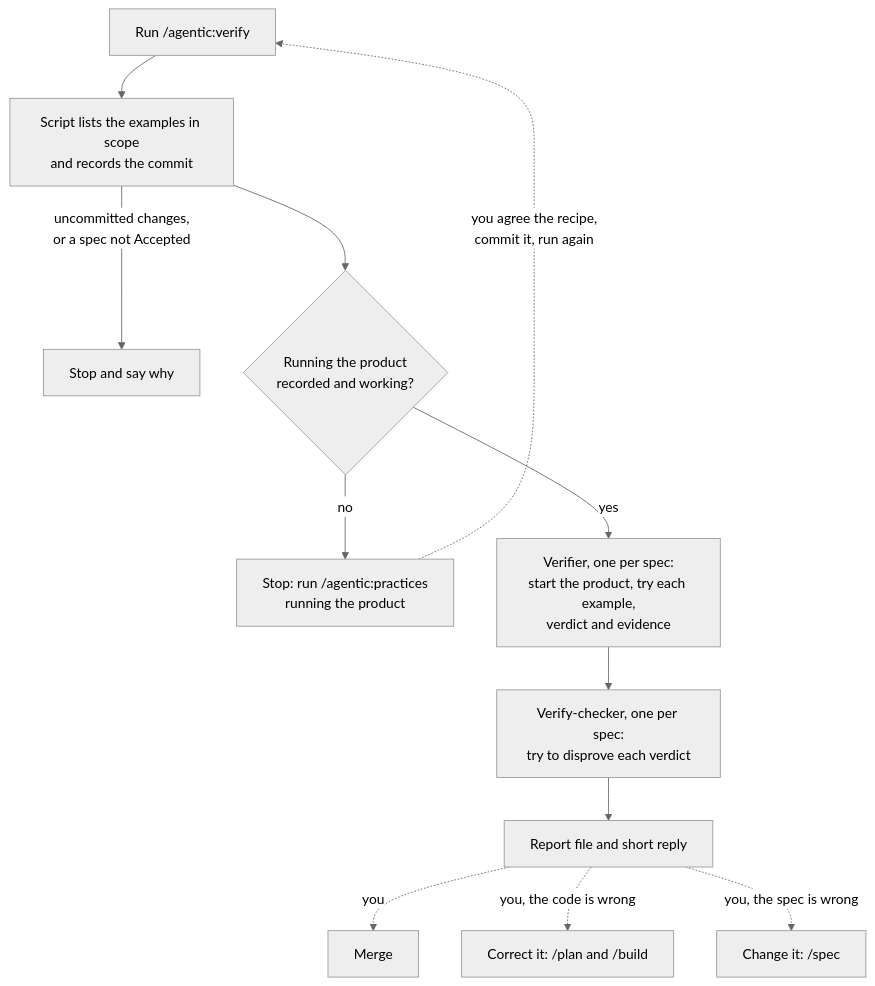
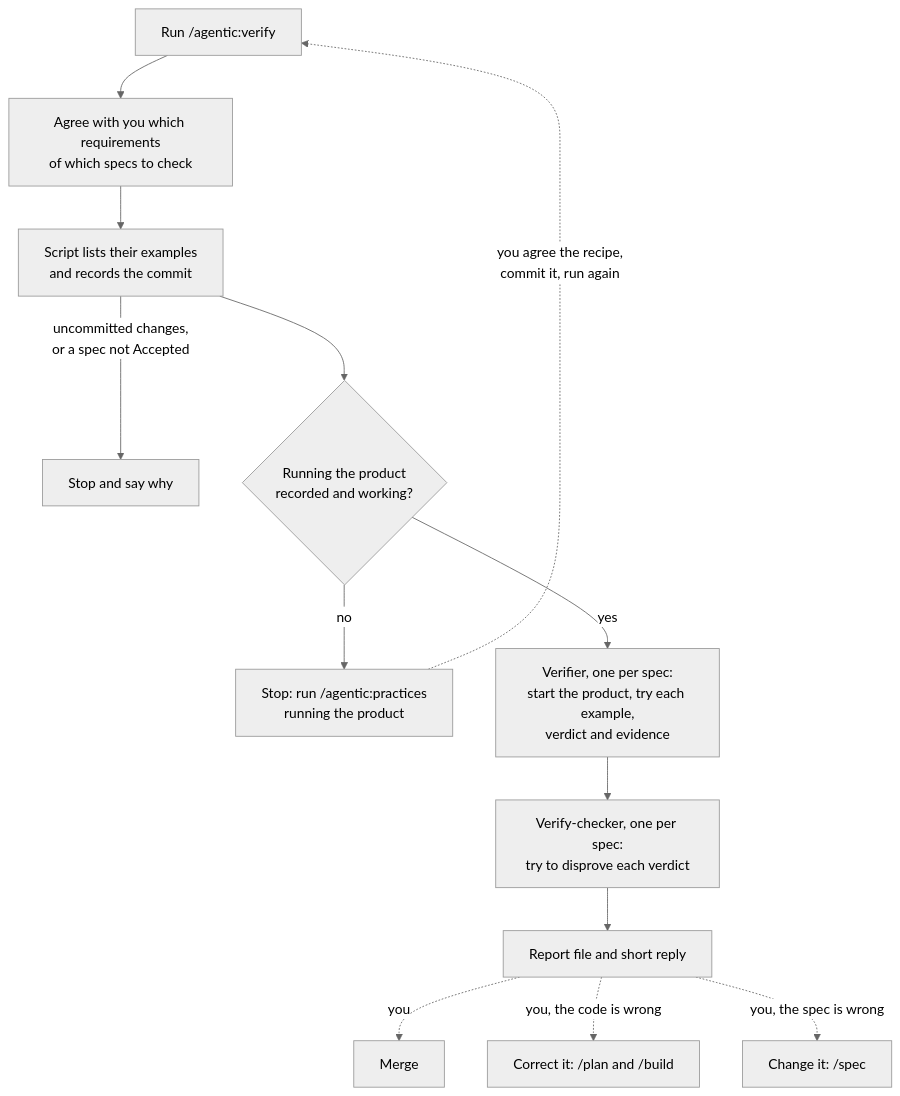
Before and after one commit to michaelmarconi/agentic-engineering: the first of 2 diagrams in docs/skills/verify.md, drawn with Mermaid (neutral theme). The commit also changed other lines of this file and 1 other file, not shown here.

First line of the commit message:
Verify starts by agreeing which spec requirements to check

````diff
--- a/docs/skills/verify.md
+++ b/docs/skills/verify.md
@@ -9,14 +10,15 @@
 ```mermaid
 flowchart TD
-    Start["Run /agentic:verify"] --> Scope[Script lists the examples in scope<br/>and records the commit]
+    Start["Run /agentic:verify"] --> Agree[Agree with you which requirements<br/>of which specs to check]
+    Agree --> Scope[Script lists their examples<br/>and records the commit]
     Scope -->|uncommitted changes,<br/>or a spec not Accepted| Stop[Stop and say why]
     Scope --> Practice{Running the product<br/>recorded and working?}
     Practice -->|no| Practices[Stop: run /agentic:practices<br/>running the product]
     Practices -.->|you agree the recipe,<br/>commit it, run again| Start
     Practice -->|yes| Verifier[Verifier, one per spec:<br/>start the product, try each example,<br/>verdict and evidence]
     Verifier --> Checker[Verify-checker, one per spec:<br/>try to disprove each verdict]
     Checker --> Report[Report file and short reply]
     Report -.->|you| Merge[Merge]
     Report -.->|you, the code is wrong| Plan[Correct it: /plan and /build]
     Report -.->|you, the spec is wrong| Spec[Change it: /spec]
 ```
````
